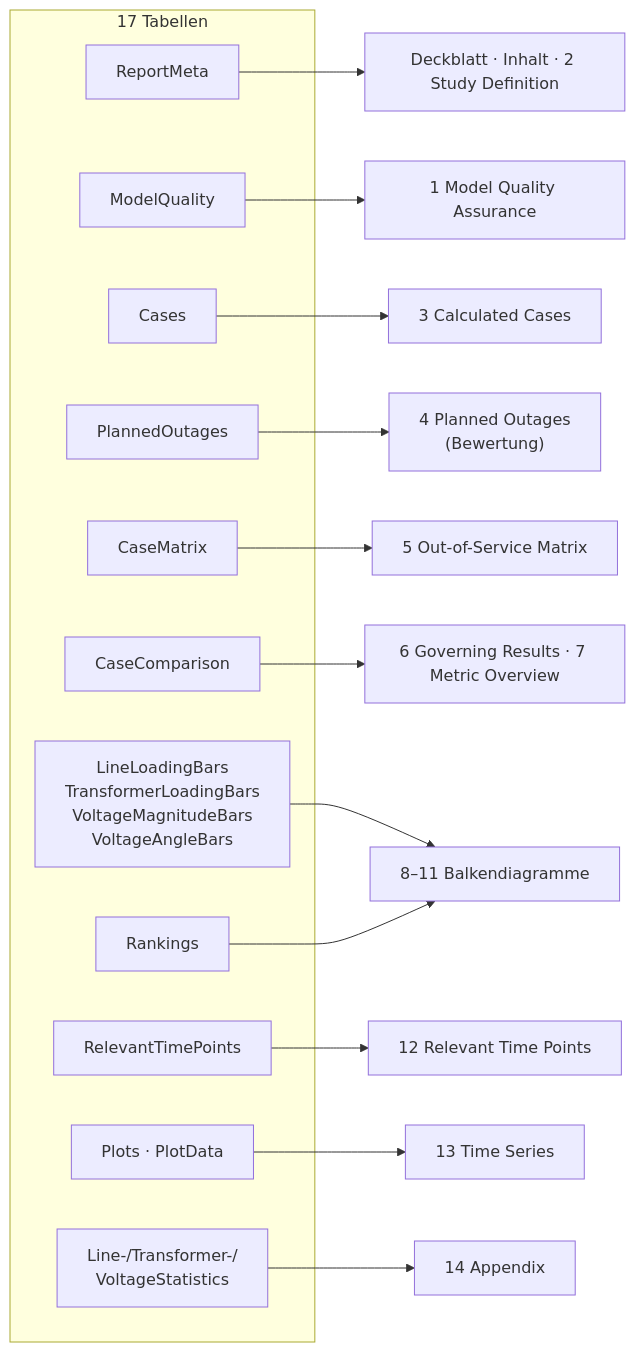
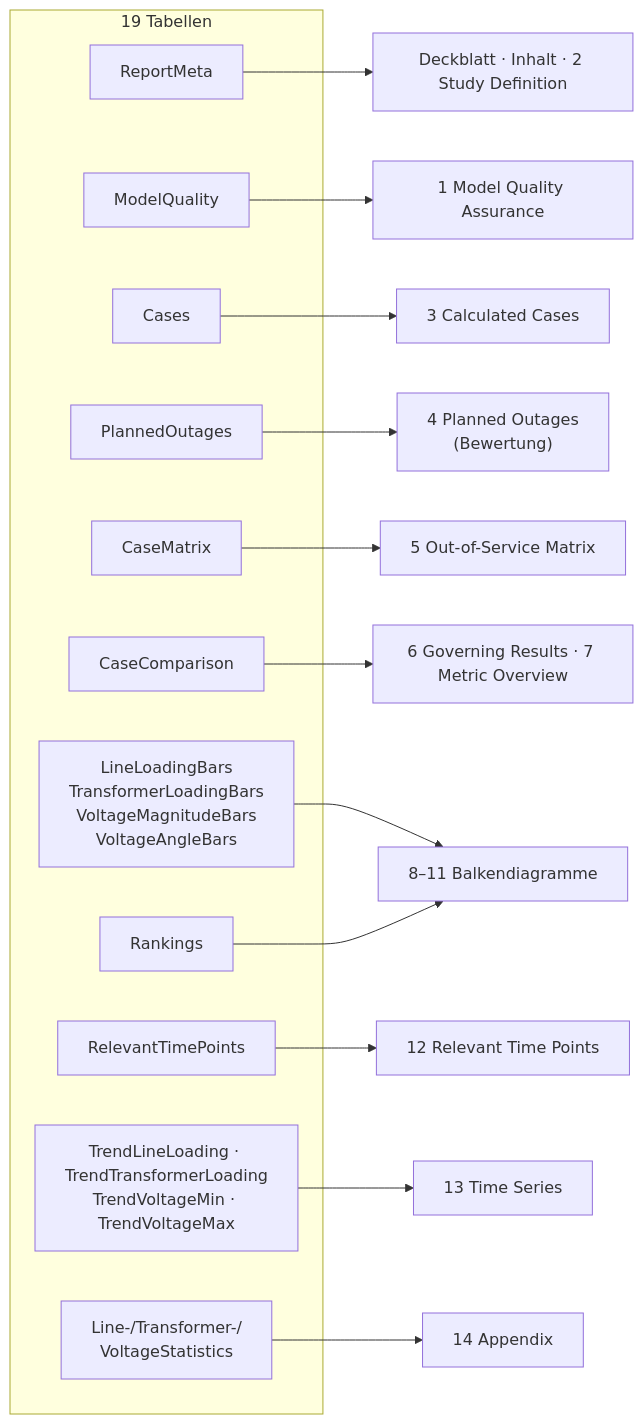
Before and after one commit to hadiibrahim-Engin/gridlens-powerfactory: the seventh of 8 diagrams in BIG_PICTURE.md, drawn with Mermaid. The commit also changed other lines of this file and 7 other files, not shown here.

````diff
--- a/BIG_PICTURE.md
+++ b/BIG_PICTURE.md
@@ -265,28 +265,28 @@
 ```mermaid
 flowchart LR
-    subgraph T["17 Tabellen"]
+    subgraph T["19 Tabellen"]
         M["ReportMeta"]
         MQ["ModelQuality"]
         C["Cases"]
         PO["PlannedOutages"]
         CM["CaseMatrix"]
         CC["CaseComparison"]
         B["LineLoadingBars<br/>TransformerLoadingBars<br/>VoltageMagnitudeBars<br/>VoltageAngleBars"]
         RK["Rankings"]
         TP["RelevantTimePoints"]
-        PL["Plots · PlotData"]
+        PL["TrendLineLoading · TrendTransformerLoading<br/>TrendVoltageMin · TrendVoltageMax"]
         ST["Line-/Transformer-/<br/>VoltageStatistics"]
     end
 
     M --> K0["Deckblatt · Inhalt · 2 Study Definition"]
     MQ --> K1["1 Model Quality Assurance"]
     C --> K3["3 Calculated Cases"]
     PO --> K4["4 Planned Outages<br/>(Bewertung)"]
     CM --> K5["5 Out-of-Service Matrix"]
     CC --> K6["6 Governing Results · 7 Metric Overview"]
     B --> K8["8–11 Balkendiagramme"]
     RK --> K8
     TP --> K12["12 Relevant Time Points"]
     PL --> K13["13 Time Series"]
     ST --> K14["14 Appendix"]
 ```
````
